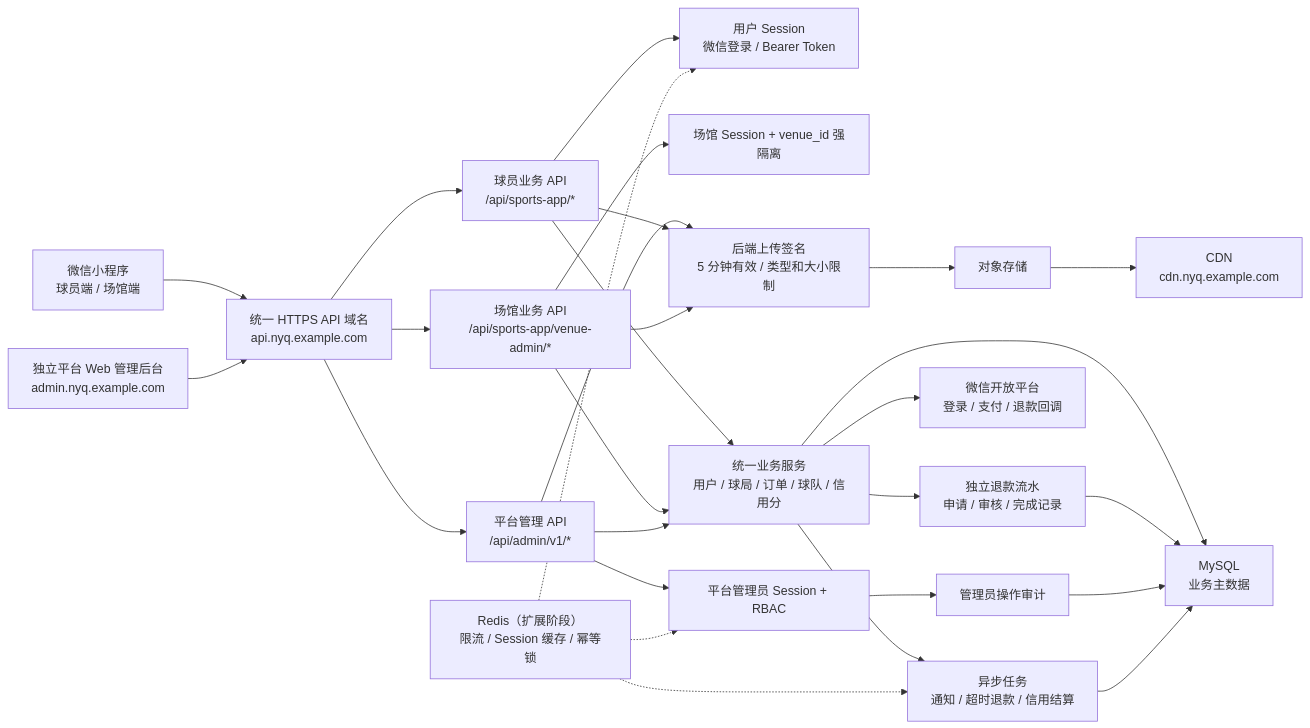
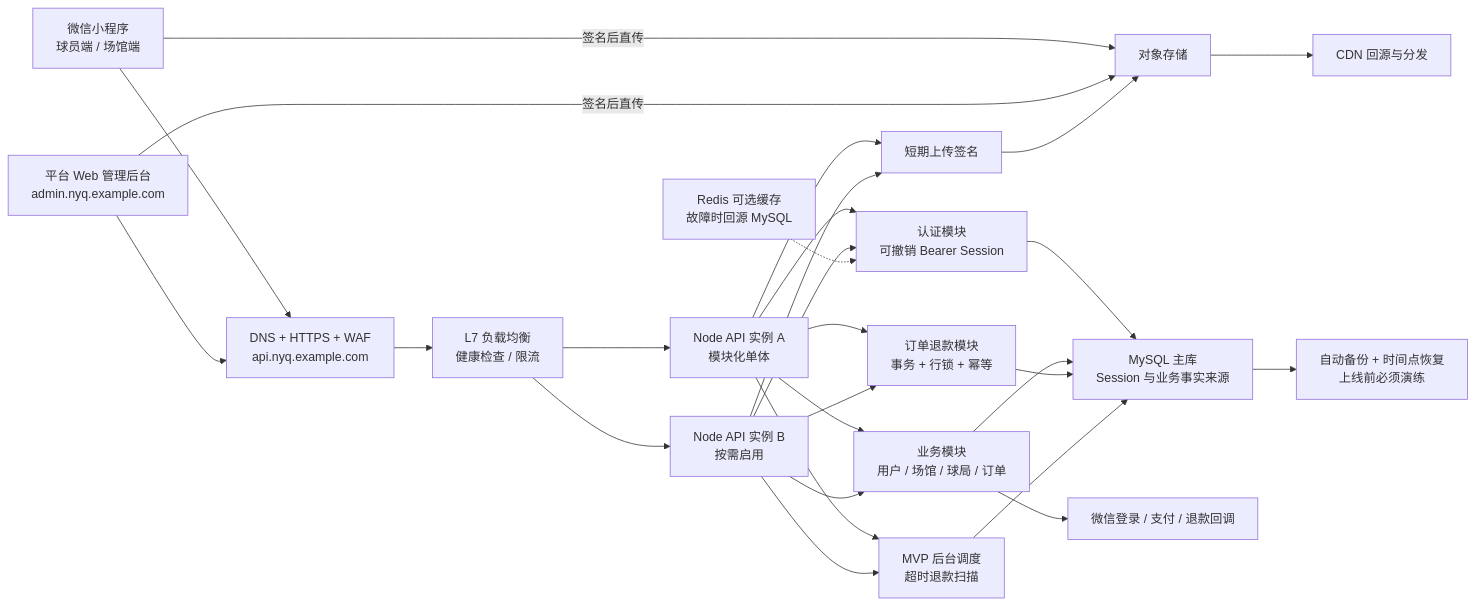
The first of 2 diagrams in docs/platform-architecture.md (DanielPAN313/pwzr-nyq), drawn with Mermaid before and after one commit. The commit also changed other lines of this file and 4 other files, not shown here.

````diff
--- a/docs/platform-architecture.md
+++ b/docs/platform-architecture.md
@@ -11,37 +32,34 @@
 ```mermaid
 flowchart LR
-  MP["微信小程序<br/>球员端 / 场馆端"] --> GW["统一 HTTPS API 域名<br/>api.nyq.example.com"]
-  WEB["独立平台 Web 管理后台<br/>admin.nyq.example.com"] --> GW
+  MP["微信小程序<br/>球员端 / 场馆端"] --> EDGE["DNS + HTTPS + WAF<br/>api.nyq.example.com"]
+  WEB["平台 Web 管理后台<br/>admin.nyq.example.com"] --> EDGE
 
-  GW --> PA["球员业务 API<br/>/api/sports-app/*"]
-  GW --> VA["场馆业务 API<br/>/api/sports-app/venue-admin/*"]
-  GW --> AA["平台管理 API<br/>/api/admin/v1/*"]
+  EDGE --> LB["L7 负载均衡<br/>健康检查 / 限流"]
+  LB --> APP1["Node API 实例 A<br/>模块化单体"]
+  LB --> APP2["Node API 实例 B<br/>按需启用"]
 
-  PA --> AUTH["用户 Session<br/>微信登录 / Bearer Token"]
-  VA --> TENANT["场馆 Session + venue_id 强隔离"]
-  AA --> RBAC["平台管理员 Session + RBAC"]
+  APP1 --> AUTH["认证模块<br/>可撤销 Bearer Session"]
+  APP2 --> AUTH
+  APP1 --> BIZ["业务模块<br/>用户 / 场馆 / 球局 / 订单"]
+  APP2 --> BIZ
+  APP1 --> REFUND["订单退款模块<br/>事务 + 行锁 + 幂等"]
+  APP2 --> REFUND
+  APP1 --> JOB["MVP 后台调度<br/>超时退款扫描"]
+  APP2 --> JOB
 
-  PA --> SERVICE["统一业务服务<br/>用户 / 球局 / 订单 / 球队 / 信用分"]
-  VA --> SERVICE
-  AA --> SERVICE
+  AUTH --> MYSQL["MySQL 主库<br/>Session 与业务事实来源"]
+  BIZ --> MYSQL
+  REFUND --> MYSQL
+  JOB --> MYSQL
+  MYSQL --> BACKUP["自动备份 + 时间点恢复<br/>上线前必须演练"]
 
-  SERVICE --> MYSQL["MySQL<br/>业务主数据"]
-  SERVICE --> REFUND["独立退款流水<br/>申请 / 审核 / 完成记录"]
-  REFUND --> MYSQL
-  RBAC --> AUDIT["管理员操作审计"]
-  AUDIT --> MYSQL
+  APP1 --> SIGN["短期上传签名"]
+  APP2 --> SIGN
+  MP -->|"签名后直传"| OSS["对象存储"]
+  WEB -->|"签名后直传"| OSS
+  SIGN --> OSS
+  OSS --> CDN["CDN 回源与分发"]
 
-  SERVICE --> WX["微信开放平台<br/>登录 / 支付 / 退款回调"]
-  SERVICE --> QUEUE["异步任务<br/>通知 / 超时退款 / 信用结算"]
-  QUEUE --> MYSQL
-
-  AA --> SIGN["后端上传签名<br/>5 分钟有效 / 类型和大小限制"]
-  PA --> SIGN
-  VA --> SIGN
-  SIGN --> OSS["对象存储"]
-  OSS --> CDN["CDN<br/>cdn.nyq.example.com"]
-
-  CACHE["Redis（扩展阶段）<br/>限流 / Session 缓存 / 幂等锁"] -.-> AUTH
-  CACHE -.-> RBAC
-  CACHE -.-> QUEUE
+  BIZ --> WX["微信登录 / 支付 / 退款回调"]
+  CACHE["Redis 可选缓存<br/>故障时回源 MySQL"] -.-> AUTH
 ```
````
